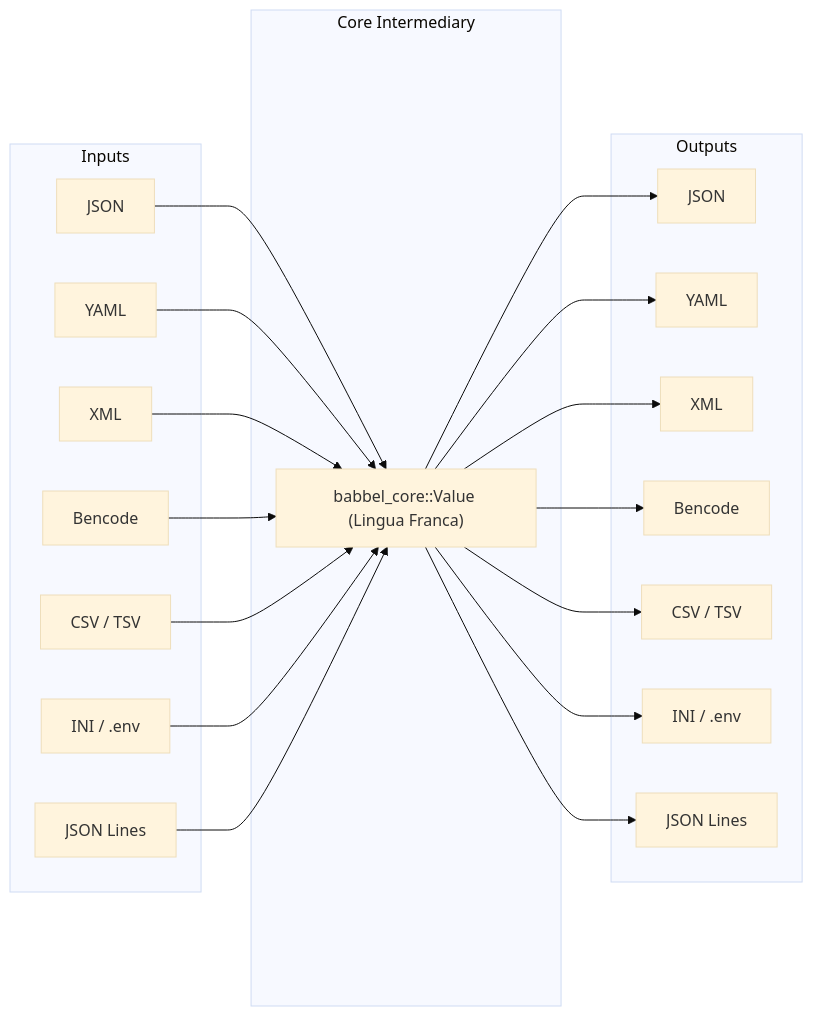
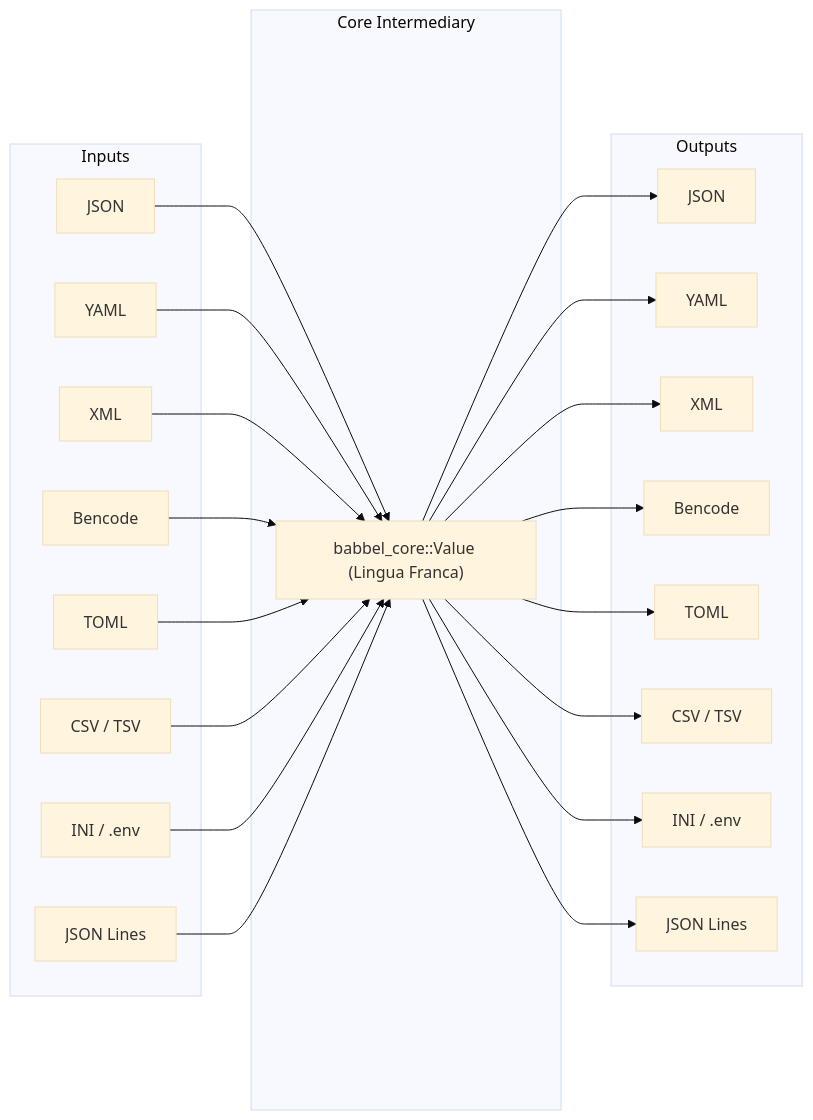
One commit to clockworkengineer/babbel changed the diagram in docs/CONVERSION_MATRIX.md. Above: the diagram before and after it, drawn with Mermaid (base theme). The commit also changed other lines of this file and 4 other files, not shown here.

Commit message:
docs: execute Milestone 3 - update core architecture, conversion matrix, memory, and embedded guides

````diff
--- a/docs/CONVERSION_MATRIX.md
+++ b/docs/CONVERSION_MATRIX.md
@@ -13,42 +13,46 @@
 ```mermaid
 graph LR
     subgraph "Inputs"
         JSON_IN[JSON]
         YAML_IN[YAML]
         XML_IN[XML]
         BENC_IN[Bencode]
+        TOML_IN[TOML]
         CSV_IN[CSV / TSV]
         INI_IN[INI / .env]
         JSONL_IN[JSON Lines]
     end
 
     subgraph "Core Intermediary"
         AST["babbel_core::Value (Lingua Franca)"]
     end
 
     subgraph "Outputs"
         JSON_OUT[JSON]
         YAML_OUT[YAML]
         XML_OUT[XML]
         BENC_OUT[Bencode]
+        TOML_OUT[TOML]
         CSV_OUT[CSV / TSV]
         INI_OUT[INI / .env]
         JSONL_OUT[JSON Lines]
     end
 
     JSON_IN --> AST
     YAML_IN --> AST
     XML_IN --> AST
     BENC_IN --> AST
+    TOML_IN --> AST
     CSV_IN --> AST
     INI_IN --> AST
     JSONL_IN --> AST
 
     AST --> JSON_OUT
     AST --> YAML_OUT
     AST --> XML_OUT
     AST --> BENC_OUT
+    AST --> TOML_OUT
     AST --> CSV_OUT
     AST --> INI_OUT
     AST --> JSONL_OUT
 ```
````
